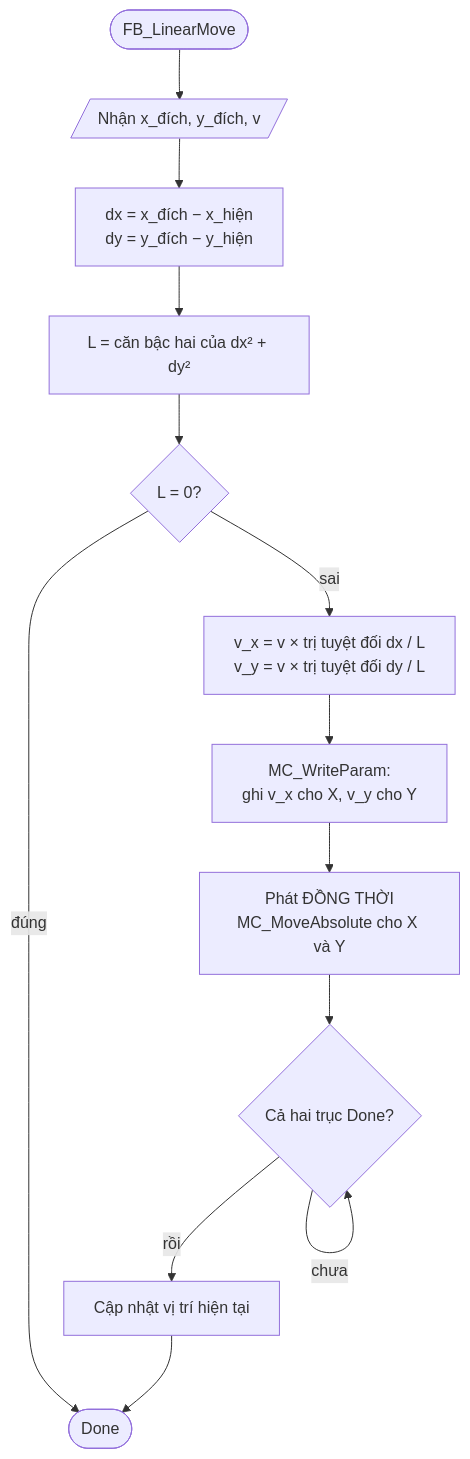
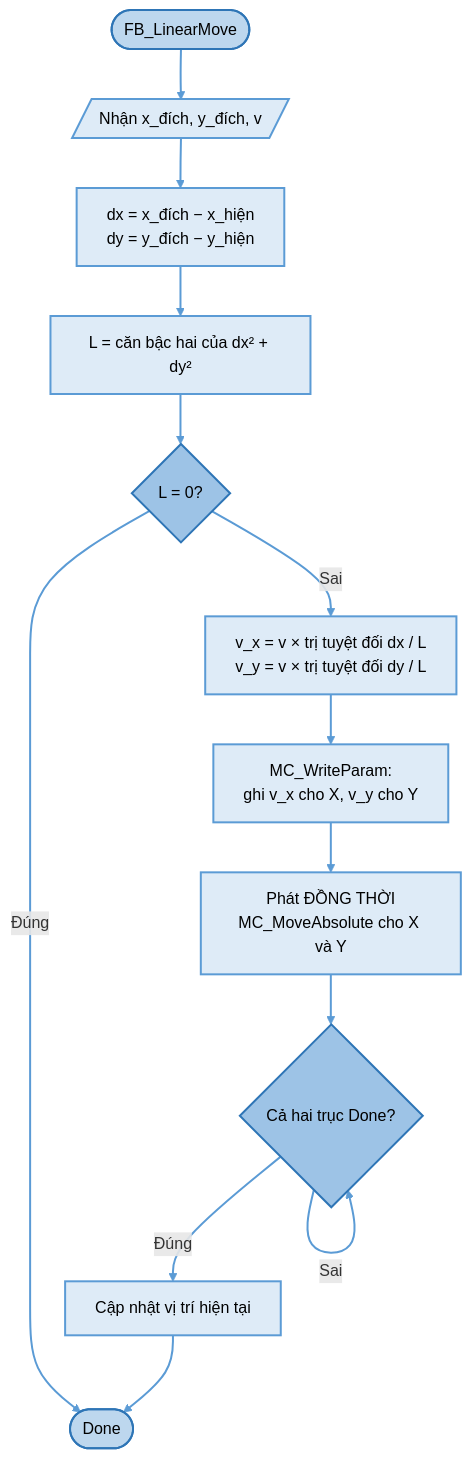
Before and after one commit to nguyentanphat1908-collab/IDE: the fifth of 10 diagrams in docs/luu-do-giai-thuat.md, drawn with Mermaid. The commit also changed other lines of this file and 4 other files, not shown here.

````diff
--- a/docs/luu-do-giai-thuat.md
+++ b/docs/luu-do-giai-thuat.md
@@ -125,15 +161,21 @@
 ```mermaid
 flowchart TD
-    A([FB_LinearMove]) --> B[/"Nhận x_đích, y_đích, v"/]
-    B --> C["dx = x_đích − x_hiện<br/>dy = y_đích − y_hiện"]
-    C --> D["L = căn bậc hai của dx² + dy²"]
-    D --> E{"L = 0?"}
-    E -- đúng --> Z([Done])
-    E -- sai --> F["v_x = v × trị tuyệt đối dx / L<br/>v_y = v × trị tuyệt đối dy / L"]
-    F --> G["MC_WriteParam:<br/>ghi v_x cho X, v_y cho Y"]
-    G --> H["Phát ĐỒNG THỜI<br/>MC_MoveAbsolute cho X và Y"]
-    H --> I{"Cả hai trục Done?"}
-    I -- chưa --> I
-    I -- rồi --> J["Cập nhật vị trí hiện tại"]
+    A([FB_LinearMove]):::term --> B[/"Nhận x_đích, y_đích, v"/]:::io
+    B --> C["dx = x_đích − x_hiện<br/>dy = y_đích − y_hiện"]:::proc
+    C --> D["L = căn bậc hai của dx² + dy²"]:::proc
+    D --> E{"L = 0?"}:::dec
+    E -- Đúng --> Z([Done]):::term
+    E -- Sai --> F["v_x = v × trị tuyệt đối dx / L<br/>v_y = v × trị tuyệt đối dy / L"]:::proc
+    F --> G["MC_WriteParam:<br/>ghi v_x cho X, v_y cho Y"]:::proc
+    G --> H["Phát ĐỒNG THỜI<br/>MC_MoveAbsolute cho X và Y"]:::proc
+    H --> I{"Cả hai trục Done?"}:::dec
+    I -- Sai --> I
+    I -- Đúng --> J["Cập nhật vị trí hiện tại"]:::proc
     J --> Z
+    classDef term fill:#BDD7EE,stroke:#2E75B6,stroke-width:2px,color:#000
+    classDef proc fill:#DEEBF7,stroke:#5B9BD5,stroke-width:2px,color:#000
+    classDef io   fill:#DEEBF7,stroke:#5B9BD5,stroke-width:2px,color:#000
+    classDef dec  fill:#9DC3E6,stroke:#2E75B6,stroke-width:2px,color:#000
+    classDef conn fill:#9DC3E6,stroke:#2E75B6,stroke-width:2px,color:#000
+    linkStyle default stroke:#5B9BD5,stroke-width:2px
 ```
````
